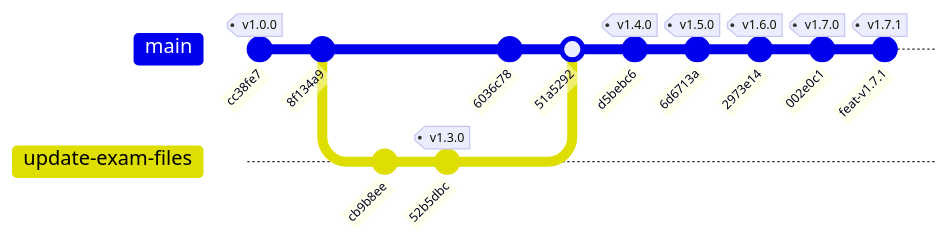
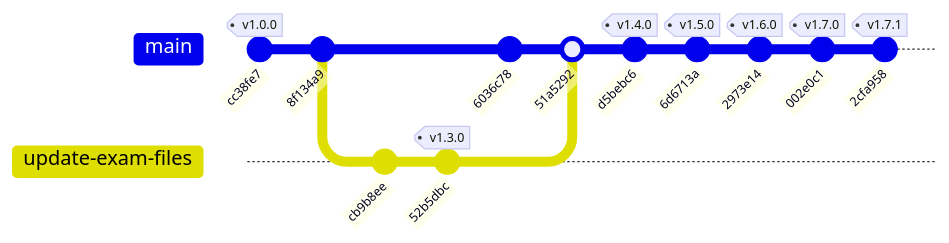
The diagram in README.md (renart00001-ux/exam-web), drawn with Mermaid before and after one commit. The commit also changed other lines of this file and 1 other file, not shown here.

Commit message:
docs: sync v1.7.1 commit hashes in index.html and README

````diff
--- a/README.md
+++ b/README.md
@@ -40,17 +40,17 @@
 ```mermaid
 gitGraph
     commit id: "cc38fe7" tag: "v1.0.0"
     commit id: "8f134a9"
     branch update-exam-files
     checkout update-exam-files
     commit id: "cb9b8ee"
     commit id: "52b5dbc" tag: "v1.3.0"
     checkout main
     commit id: "6036c78"
     merge update-exam-files id: "51a5292"
     commit id: "d5bebc6" tag: "v1.4.0"
     commit id: "6d6713a" tag: "v1.5.0"
     commit id: "2973e14" tag: "v1.6.0"
     commit id: "002e0c1" tag: "v1.7.0"
-    commit id: "feat-v1.7.1" tag: "v1.7.1"
+    commit id: "2cfa958" tag: "v1.7.1"
 ```
````
